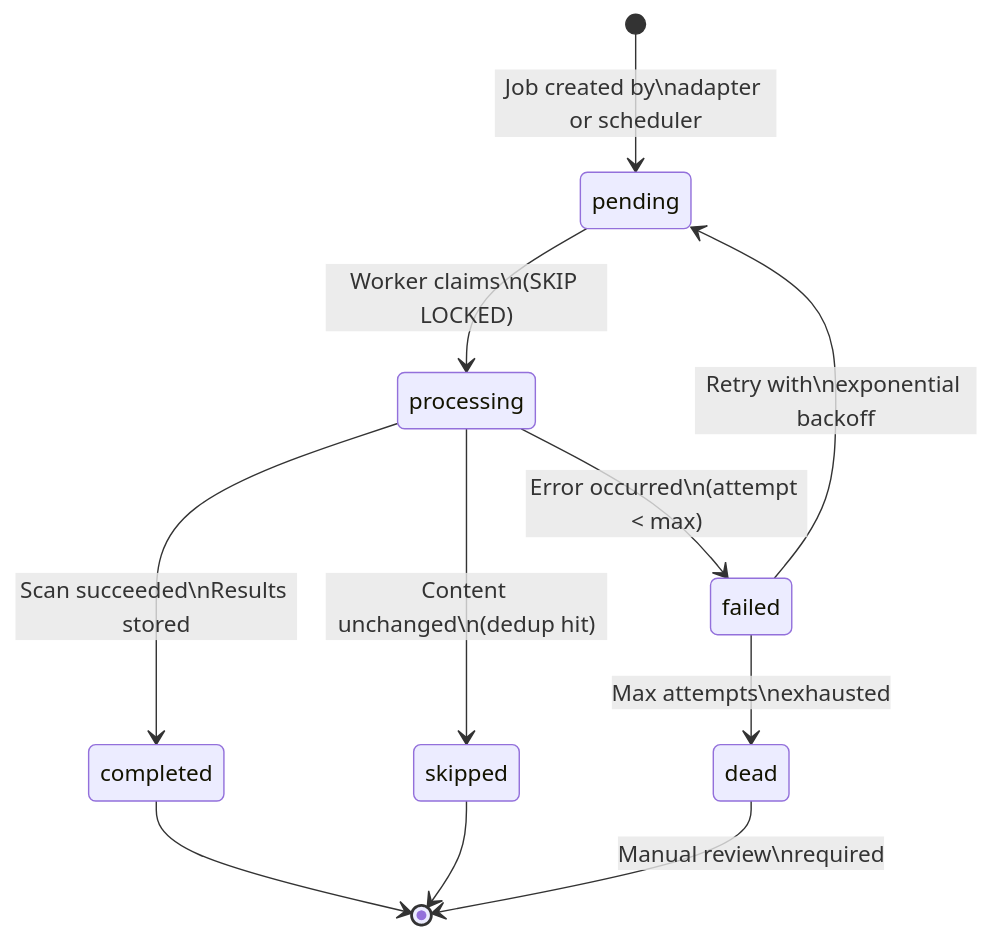
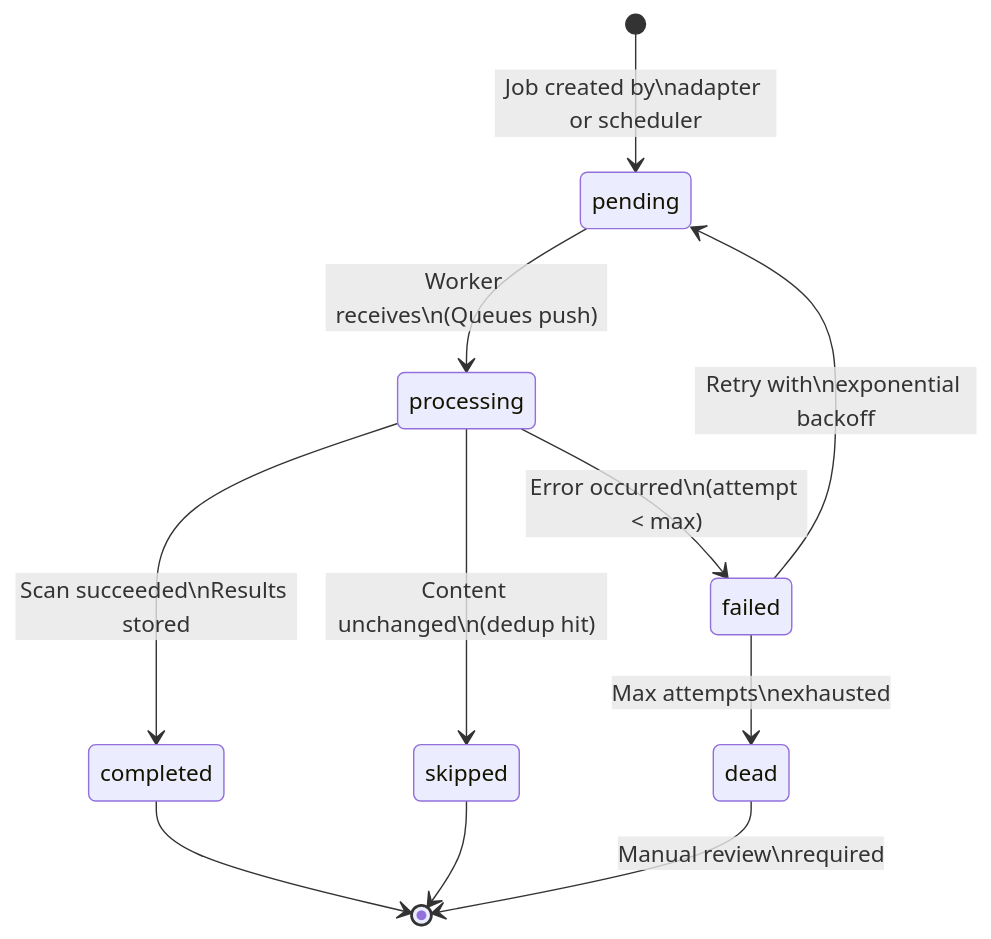
One commit to anton-abyzov/specweave changed the second of 3 diagrams in .specweave/increments/0217-skill-security-extensibility-standard/research/scanning-pipeline-design.md. Above: the diagram before and after it, drawn with Mermaid. The commit also changed other lines of this file and 82 other files, not shown here.

````diff
--- a/.specweave/increments/0217-skill-security-extensibility-standard/research/scanning-pipeline-design.md
+++ b/.specweave/increments/0217-skill-security-extensibility-standard/research/scanning-pipeline-design.md
@@ -1279,13 +1284,13 @@
 ```mermaid
 stateDiagram-v2
     [*] --> pending: Job created by\nadapter or scheduler
-    pending --> processing: Worker claims\n(SKIP LOCKED)
+    pending --> processing: Worker receives\n(Queues push)
     processing --> completed: Scan succeeded\nResults stored
     processing --> failed: Error occurred\n(attempt < max)
     failed --> pending: Retry with\nexponential backoff
     failed --> dead: Max attempts\nexhausted
     processing --> skipped: Content unchanged\n(dedup hit)
     completed --> [*]
     skipped --> [*]
     dead --> [*]: Manual review\nrequired
 ```
````
